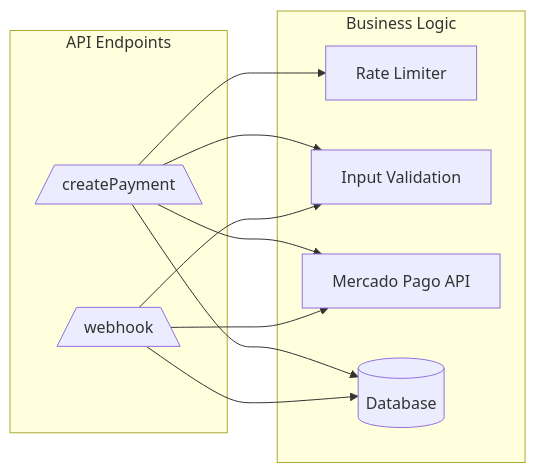
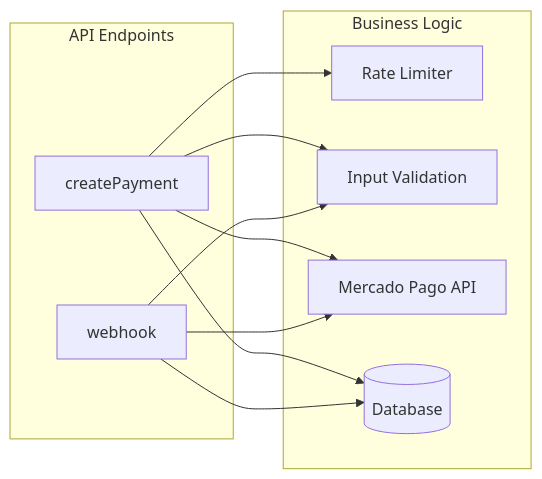
The second of 4 diagrams in docs/ARCHITECTURE.md (IvanTsxx/better-auth-mercadopago), drawn with Mermaid before and after one commit. The commit also changed other lines of this file and 15 other files, not shown here.

````diff
--- a/docs/ARCHITECTURE.md
+++ b/docs/ARCHITECTURE.md
@@ -97,23 +107,23 @@
 ```mermaid
 flowchart LR
     subgraph Endpoints["API Endpoints"]
-        CP[/createPayment\]
-        WH[/webhook\]
+        CP[createPayment]
+        WH[webhook]
     end
     
     subgraph Logic["Business Logic"]
         RL[Rate Limiter]
         IV[Input Validation]
         MP[Mercado Pago API]
         DB[(Database)]
     end
     
     CP --> RL
     CP --> IV
     CP --> MP
     CP --> DB
     
     WH --> IV
     WH --> MP
     WH --> DB
 ```
````
